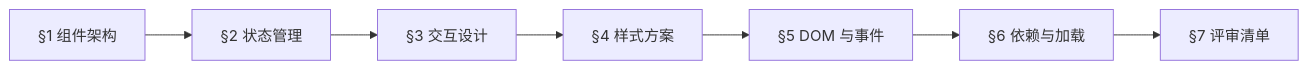
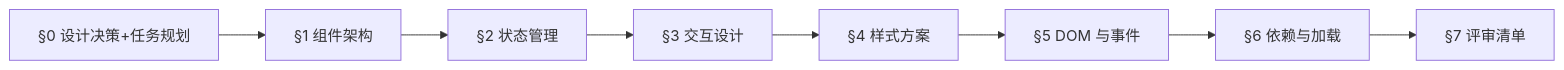
Before and after one commit to effiy/YrY: the seventh of 14 diagrams in skills/rui/formulas.md, drawn with Mermaid. The commit also changed other lines of this file and 9 other files, not shown here.

````diff
--- a/skills/rui/formulas.md
+++ b/skills/rui/formulas.md
@@ -284,9 +404,10 @@
 ```mermaid
 flowchart LR
-    S1["§1 组件架构"] --> S2["§2 状态管理"]
+    S0["§0 设计决策+任务规划"] --> S1["§1 组件架构"]
+    S1 --> S2["§2 状态管理"]
     S2 --> S3["§3 交互设计"]
     S3 --> S4["§4 样式方案"]
     S4 --> S5["§5 DOM 与事件"]
     S5 --> S6["§6 依赖与加载"]
     S6 --> S7["§7 评审清单"]
 ```
````
